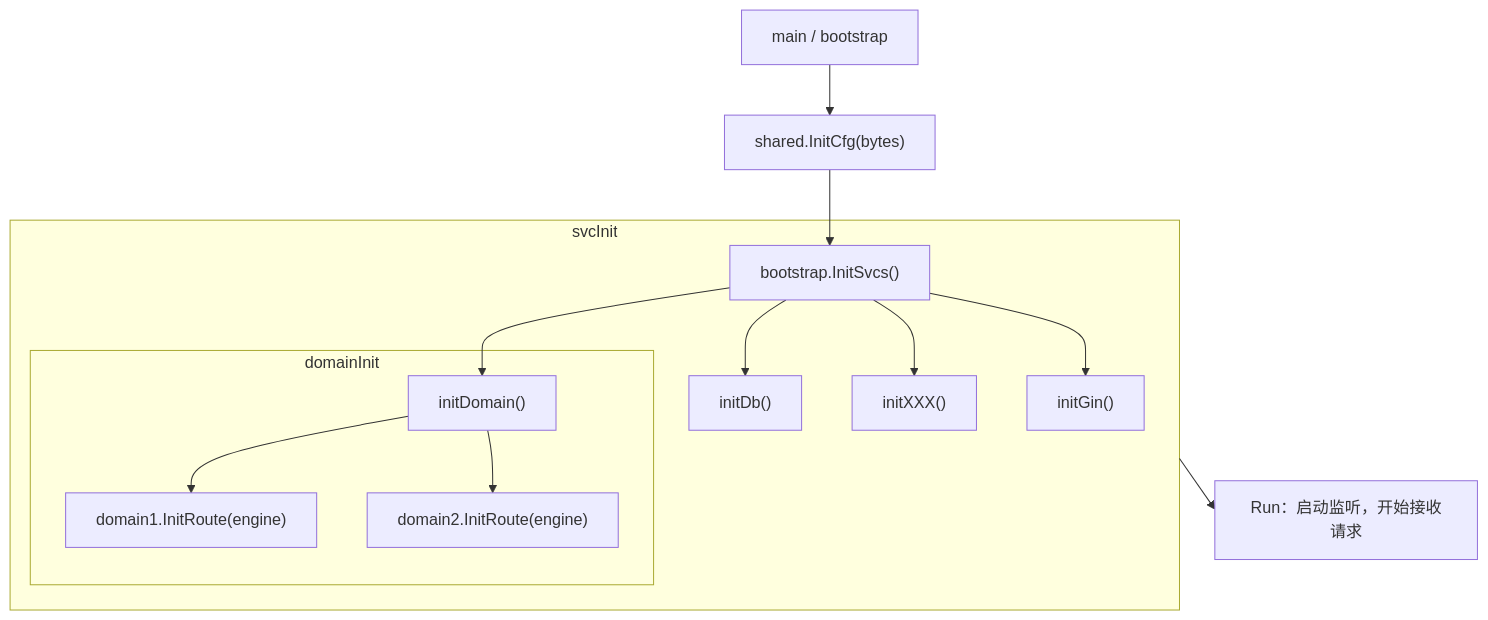
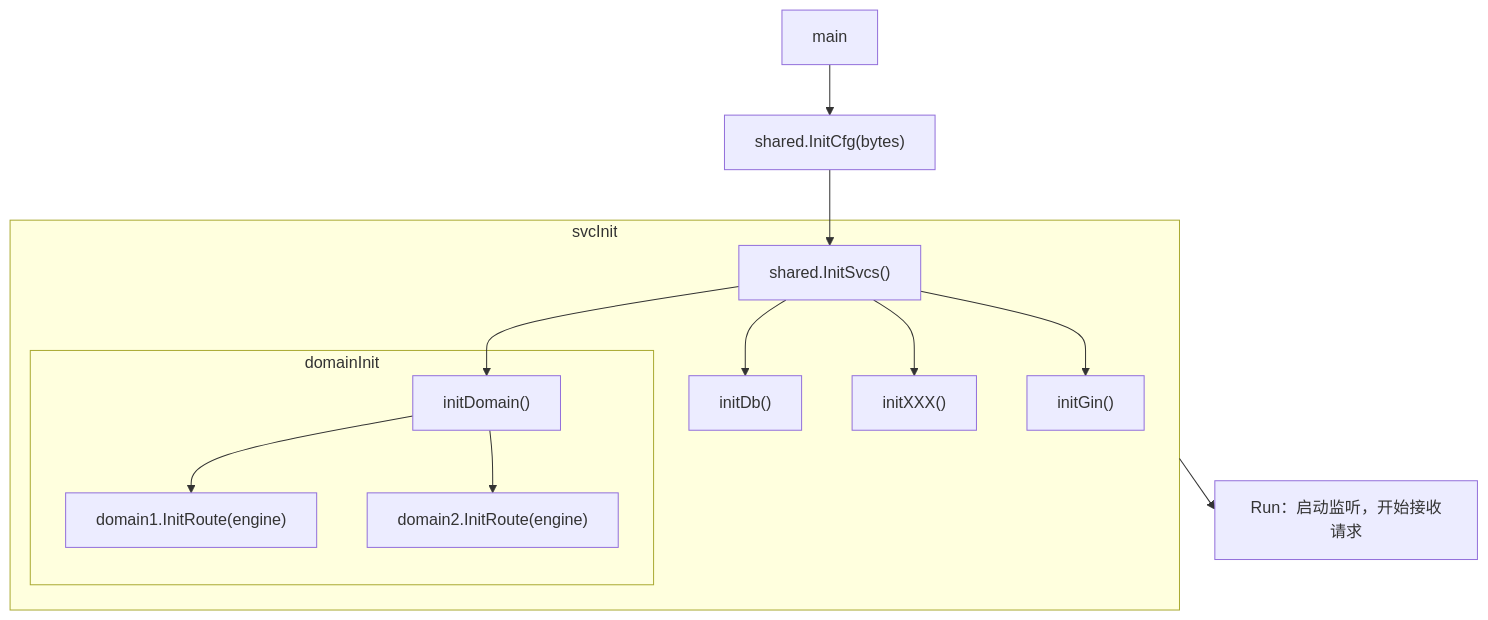
The second of 4 diagrams in DevSpec/go.md (KevinZonda/MyWindowsSetup), drawn with Mermaid before and after one commit. The commit also changed other lines of this file, not shown here.

Commit message:
docs: refine bootstrap sequence documentation for clarity

````diff
--- a/DevSpec/go.md
+++ b/DevSpec/go.md
@@ -116,24 +116,24 @@
 ```mermaid
 flowchart TD
-    Main["main / bootstrap"] --> Cfg["shared.InitCfg(bytes)"]
+    Main["main"] --> Cfg["shared.InitCfg(bytes)"]
     Cfg --> InitSvcs
     InitSvcs --> InitDb
     InitSvcs --> InitXXX
     InitSvcs --> InitGin
     InitSvcs --> InitDomain
     subgraph svcInit
-        InitSvcs["bootstrap.InitSvcs()"]
+        InitSvcs["shared.InitSvcs()"]
         InitDb["initDb()"]
         InitXXX["initXXX()"]
         InitGin["initGin()"]
         InitDomain["initDomain()"]
         
         subgraph domainInit
             domain1
             InitDomain --> domain1["domain1.InitRoute(engine)"]
             InitDomain --> domain2["domain2.InitRoute(engine)"]
         end
     end
     
     svcInit --> Run["Run：启动监听，开始接收请求"]
 ```
````
